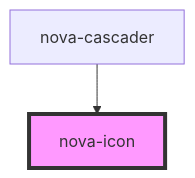
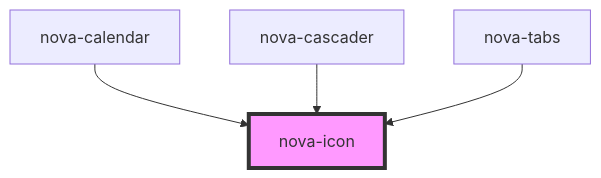
One commit to AleTarin/nova-components changed the diagram in src/atoms/nova-icon/readme.md. Above: the diagram before and after it, drawn with Mermaid. The commit also changed other lines of this file and 7 other files, not shown here.

````diff
--- a/src/atoms/nova-icon/readme.md
+++ b/src/atoms/nova-icon/readme.md
@@ -25,5 +28,7 @@
 ```mermaid
 graph TD;
+  nova-calendar --> nova-icon
   nova-cascader --> nova-icon
+  nova-tabs --> nova-icon
   style nova-icon fill:#f9f,stroke:#333,stroke-width:4px
 ```
````
